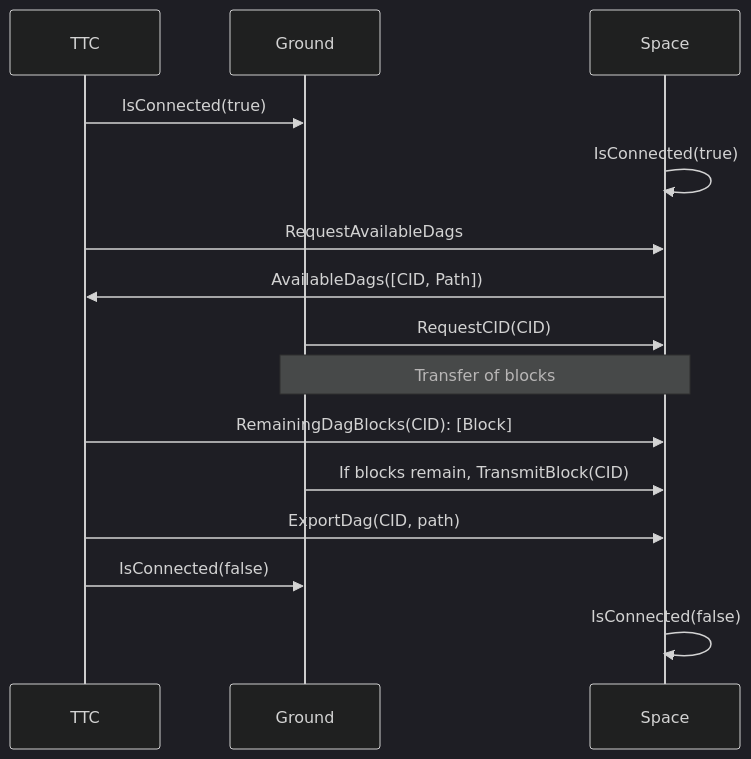
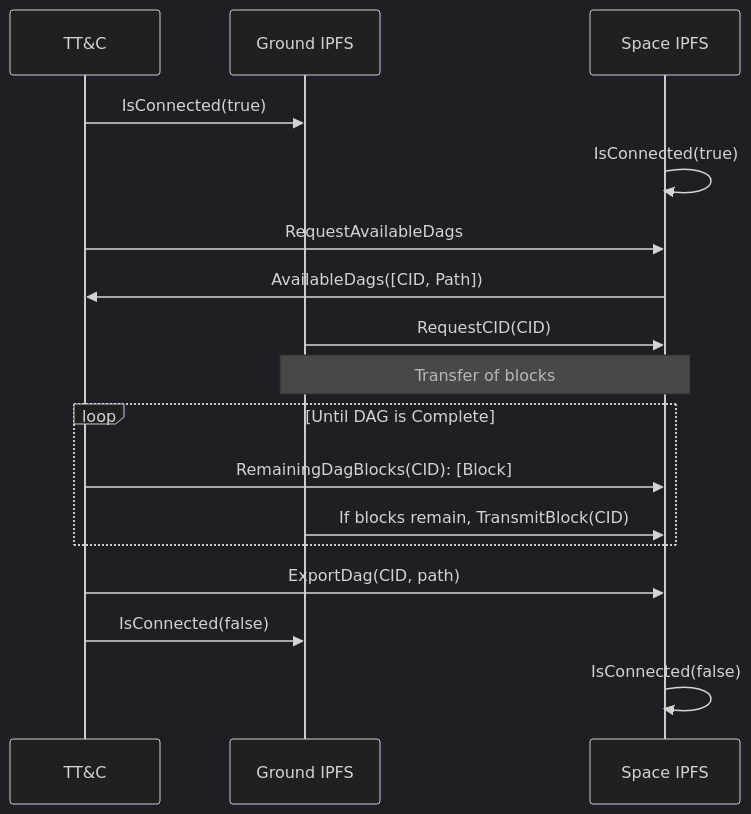
The third of 3 diagrams in README.md (ipfs-shipyard/space), drawn with Mermaid (dark theme) before and after one commit. The commit also changed other lines of this file, not shown here.

````diff
--- a/README.md
+++ b/README.md
@@ -144,17 +149,19 @@
 ```mermaid
 sequenceDiagram
-    participant TTC
-    participant Ground
-    participant Space
-    TTC->>Ground: IsConnected(true)
-    Space->>Space: IsConnected(true)
-    TTC->>Space: RequestAvailableDags
-    Space->>TTC: AvailableDags([CID, Path])
-    Ground->>Space: RequestCID(CID)
-    Note over Ground, Space: Transfer of blocks
-    TTC->>Space: RemainingDagBlocks(CID): [Block]
-    Ground->>Space: If blocks remain, TransmitBlock(CID)
-    TTC->>Space: ExportDag(CID, path)
-    TTC->>Ground: IsConnected(false)
-    Space->>Space: IsConnected(false)
+    participant T as TT&C
+    participant G as Ground IPFS
+    participant S as Space IPFS
+    T->>G: IsConnected(true)
+    S->>S: IsConnected(true)
+    T->>S: RequestAvailableDags
+    S->>T: AvailableDags([CID, Path])
+    G->>S: RequestCID(CID)
+    Note over G, S: Transfer of blocks
+    loop Until DAG is Complete
+        T->>S: RemainingDagBlocks(CID): [Block]
+        G->>S: If blocks remain, TransmitBlock(CID)
+    end
+    T->>S: ExportDag(CID, path)
+    T->>G: IsConnected(false)
+    S->>S: IsConnected(false)
 ```
````
